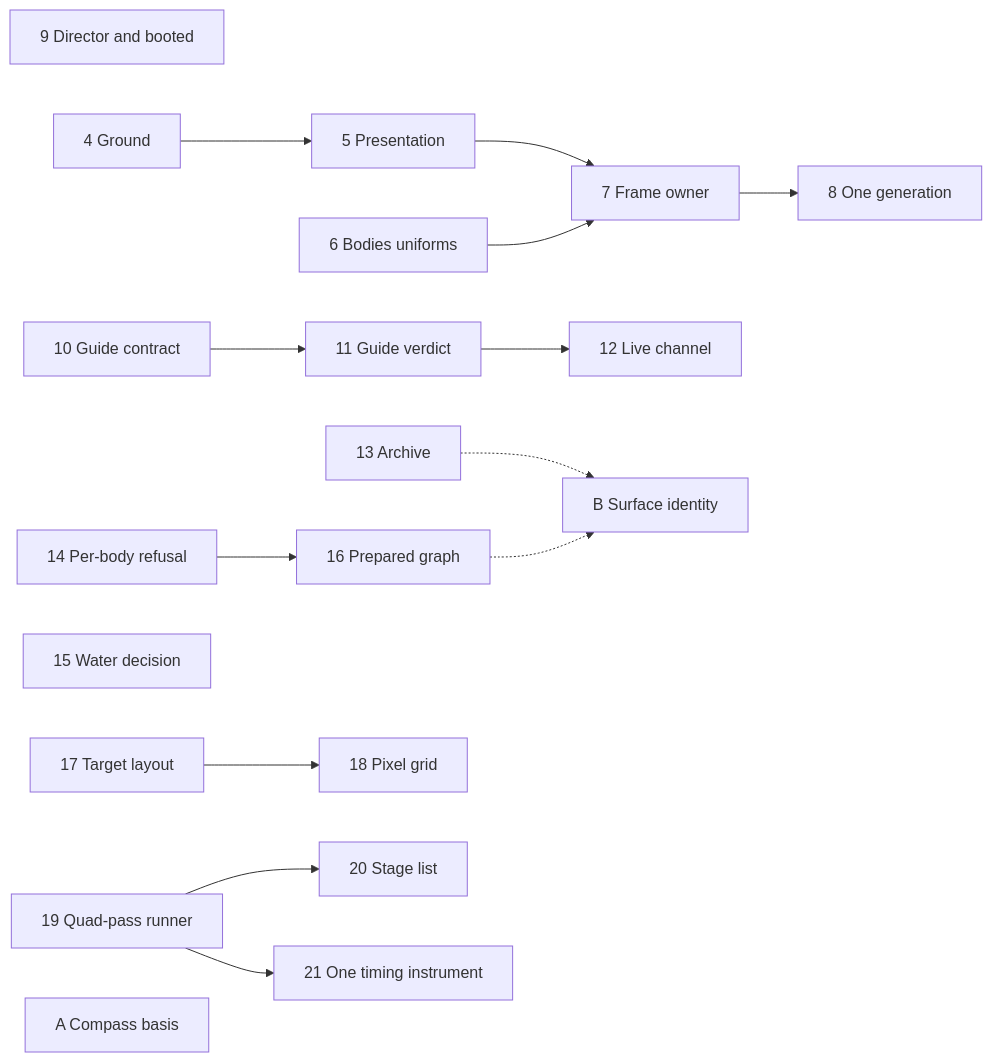
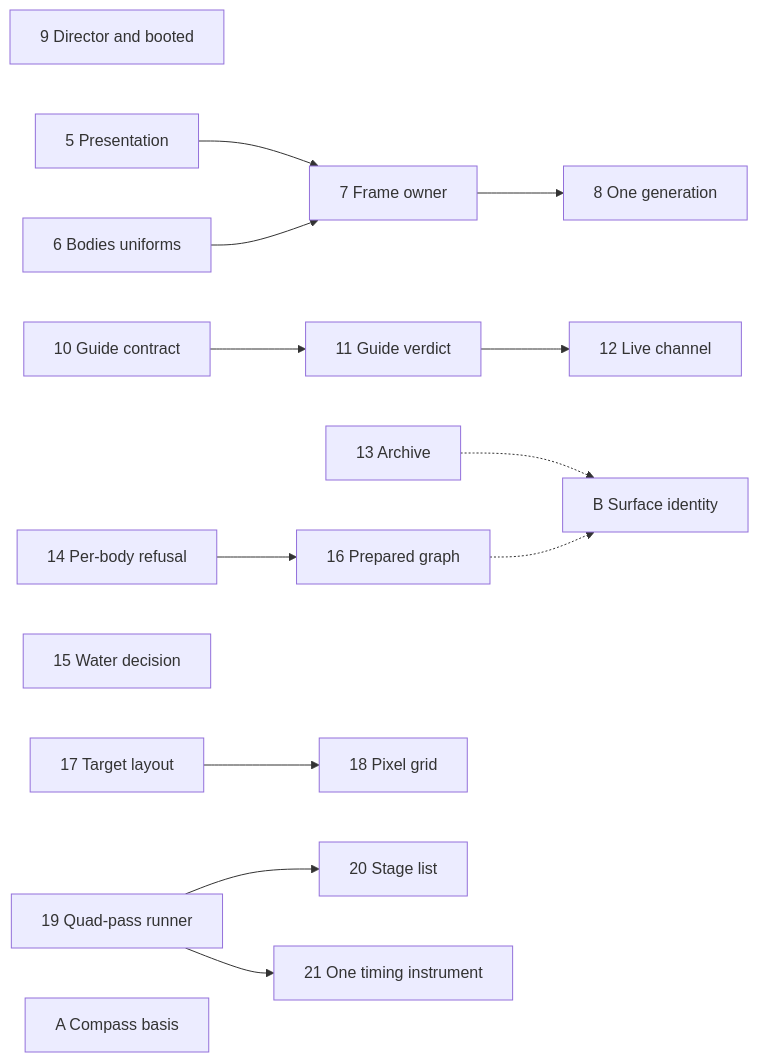
The diagram in design/plans/arch-review.md (jonjaques/inertialref), drawn with Mermaid before and after one commit. The commit also changed other lines of this file and 18 other files, not shown here.

````diff
--- a/design/plans/arch-review.md
+++ b/design/plans/arch-review.md
@@ -70,18 +70,18 @@
 ```mermaid
 flowchart LR
   P9[9 Director and booted]
-  P4[4 Ground] --> P5[5 Presentation]
+  P5[5 Presentation]
   P5 --> P7[7 Frame owner]
   P6[6 Bodies uniforms] --> P7
   P7 --> P8[8 One generation]
   P10[10 Guide contract] --> P11[11 Guide verdict] --> P12[12 Live channel]
   P13[13 Archive]
   P14[14 Per-body refusal] --> P16[16 Prepared graph]
   P15[15 Water decision]
   P17[17 Target layout] --> P18[18 Pixel grid]
   P19[19 Quad-pass runner] --> P20[20 Stage list]
   P19 --> P21[21 One timing instrument]
   A[A Compass basis]
   P13 -.-> B[B Surface identity]
   P16 -.-> B
 ```
````
